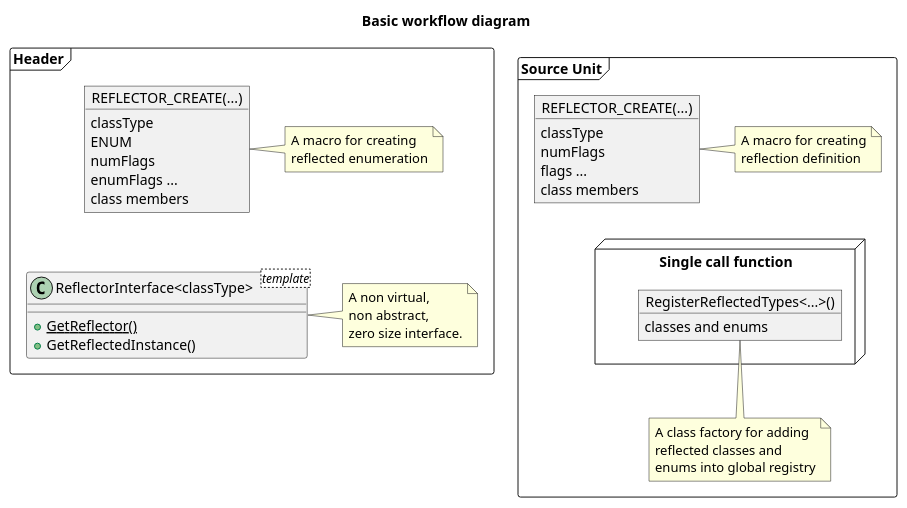
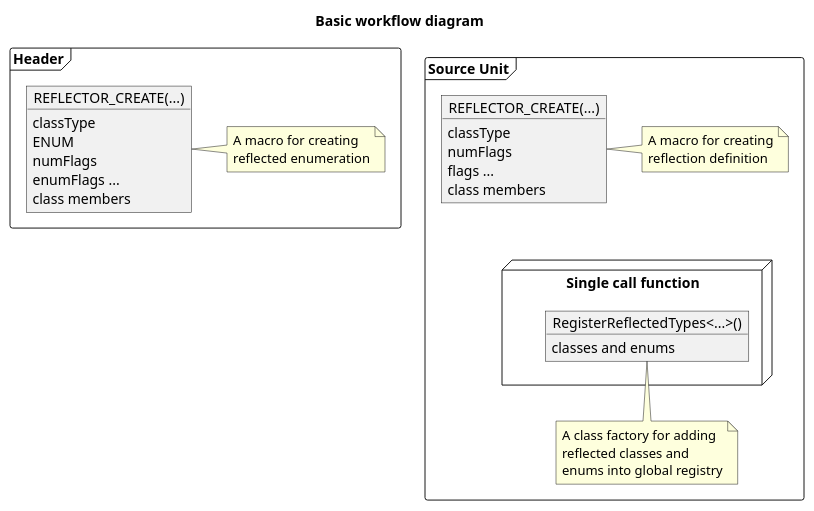
One commit to PredatorCZ/Spike changed the diagram in doc/ref_bwd.puml. Above: the diagram before and after it, drawn with PlantUML. The commit also changed 13 other files, not shown here.

```diff
--- a/doc/ref_bwd.puml
+++ b/doc/ref_bwd.puml
@@ -1,49 +1,39 @@
 @startuml ref_bwd
 title Basic workflow diagram
 package Header <<Frame>> {
-    class "ReflectorInterface<classType><template>" as ReflectorInterface {
-        +{static} GetReflector()
-        + GetReflectedInstance()
-    }
-    note right of ReflectorInterface
-        A non virtual,
-        non abstract,
-        zero size interface.
-    end note
     object "REFLECTOR_CREATE(...)" as RCE
     RCE : classType
     RCE : ENUM
     RCE : numFlags
     RCE : enumFlags ...
     RCE : class members
     note right of RCE
         A macro for creating
         reflected enumeration
     end note
-    RCE -[hidden]down- ReflectorInterface
 }
 
 
 package "Source Unit" <<Frame>> {
     object "REFLECTOR_CREATE(...)" as REFLECTOR_CREATE
     REFLECTOR_CREATE : classType
     REFLECTOR_CREATE : numFlags
     REFLECTOR_CREATE : flags ...
     REFLECTOR_CREATE : class members
     note right of REFLECTOR_CREATE
         A macro for creating
         reflection definition
     end note
     node "Single call function" as SCF {
         object "RegisterReflectedTypes<...>()" as REFLECTOR_REGISTER
         REFLECTOR_REGISTER : classes and enums
     }
     note bottom of REFLECTOR_REGISTER
         A class factory for adding
         reflected classes and
         enums into global registry
     end note
 
     REFLECTOR_CREATE -[hidden]down- SCF
 }
 @enduml
```
